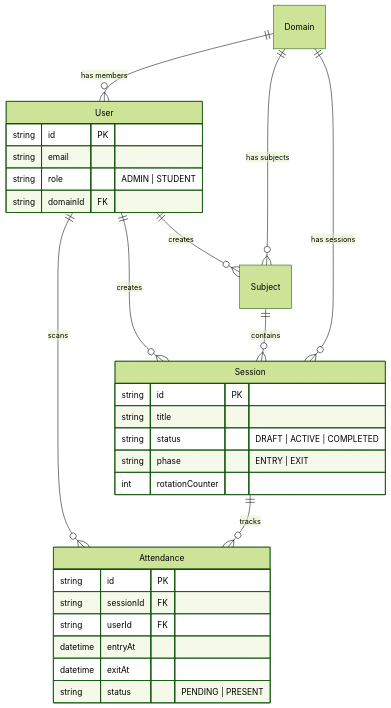
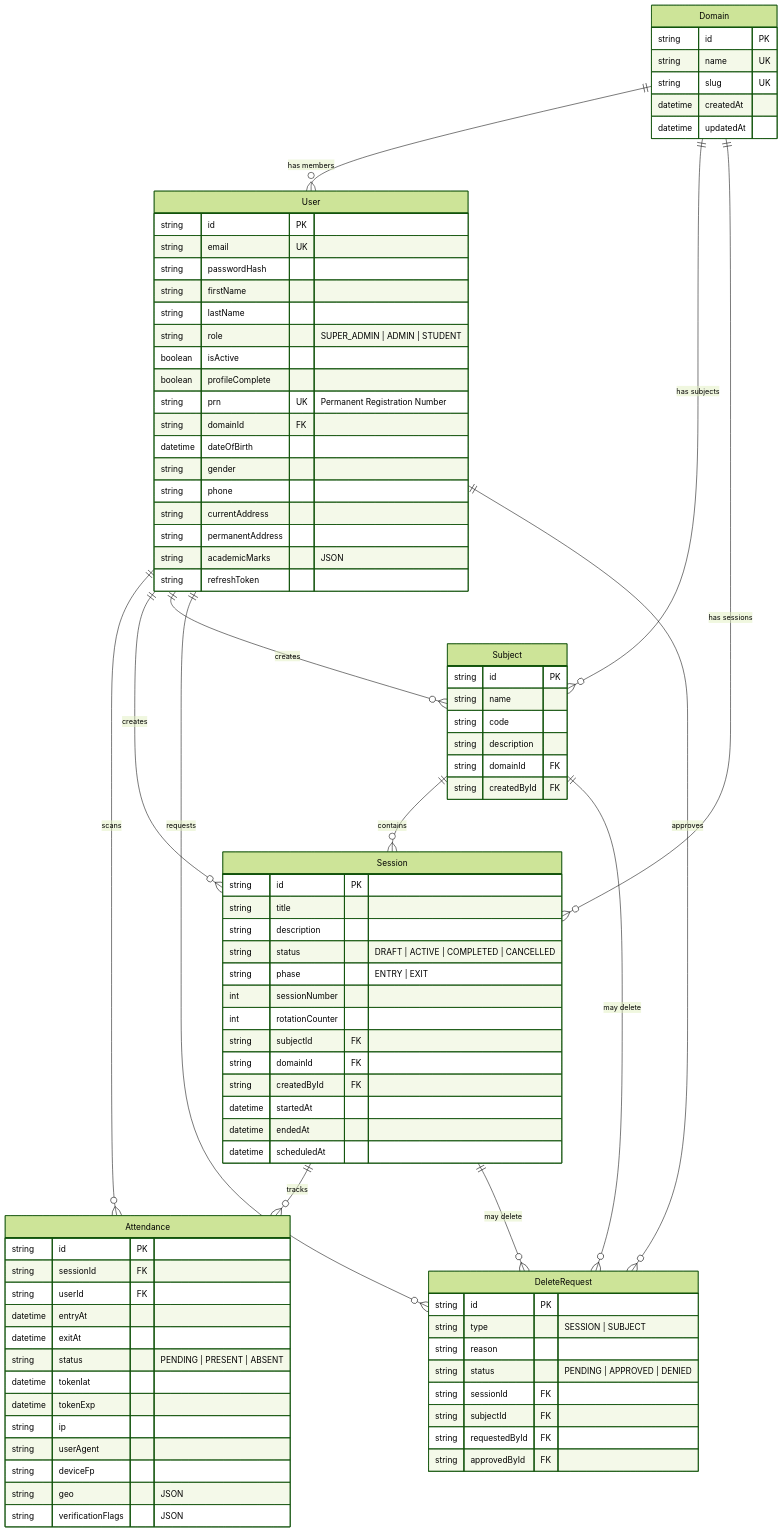
The second of 6 diagrams in PROJECT_DOCUMENTATION.md (bhagyeshmagar/smartqr-attendance), drawn with Mermaid (forest theme) before and after one commit. The commit also changed other lines of this file, not shown here.

````diff
--- a/PROJECT_DOCUMENTATION.md
+++ b/PROJECT_DOCUMENTATION.md
@@ -68,28 +104,90 @@
     User ||--o{ Attendance : "scans"
     User ||--o{ Session : "creates"
     User ||--o{ Subject : "creates"
+    User ||--o{ DeleteRequest : "requests"
+    User ||--o{ DeleteRequest : "approves"
     Subject ||--o{ Session : "contains"
+    Subject ||--o{ DeleteRequest : "may delete"
     Session ||--o{ Attendance : "tracks"
+    Session ||--o{ DeleteRequest : "may delete"
+    
+    Domain {
+        string id PK
+        string name UK
+        string slug UK
+        datetime createdAt
+        datetime updatedAt
+    }
     
     User {
         string id PK
-        string email
-        string role "ADMIN | STUDENT"
+        string email UK
+        string passwordHash
+        string firstName
+        string lastName
+        string role "SUPER_ADMIN | ADMIN | STUDENT"
+        boolean isActive
+        boolean profileComplete
+        string prn UK "Permanent Registration Number"
         string domainId FK
+        datetime dateOfBirth
+        string gender
+        string phone
+        string currentAddress
+        string permanentAddress
+        string academicMarks "JSON"
+        string refreshToken
     }
+    
+    Subject {
+        string id PK
+        string name
+        string code
+        string description
+        string domainId FK
+        string createdById FK
+    }
+    
     Session {
         string id PK
         string title
-        string status "DRAFT | ACTIVE | COMPLETED"
+        string description
+        string status "DRAFT | ACTIVE | COMPLETED | CANCELLED"
         string phase "ENTRY | EXIT"
+        int sessionNumber
         int rotationCounter
+        string subjectId FK
+        string domainId FK
+        string createdById FK
+        datetime startedAt
+        datetime endedAt
+        datetime scheduledAt
     }
+    
     Attendance {
         string id PK
         string sessionId FK
         string userId FK
         datetime entryAt
         datetime exitAt
-        string status "PENDING | PRESENT"
+        string status "PENDING | PRESENT | ABSENT"
+        datetime tokenIat
+        datetime tokenExp
+        string ip
+        string userAgent
+        string deviceFp
+        string geo "JSON"
+        string verificationFlags "JSON"
+    }
+    
+    DeleteRequest {
+        string id PK
+        string type "SESSION | SUBJECT"
+        string reason
+        string status "PENDING | APPROVED | DENIED"
+        string sessionId FK
+        string subjectId FK
+        string requestedById FK
+        string approvedById FK
     }
 ```
````
